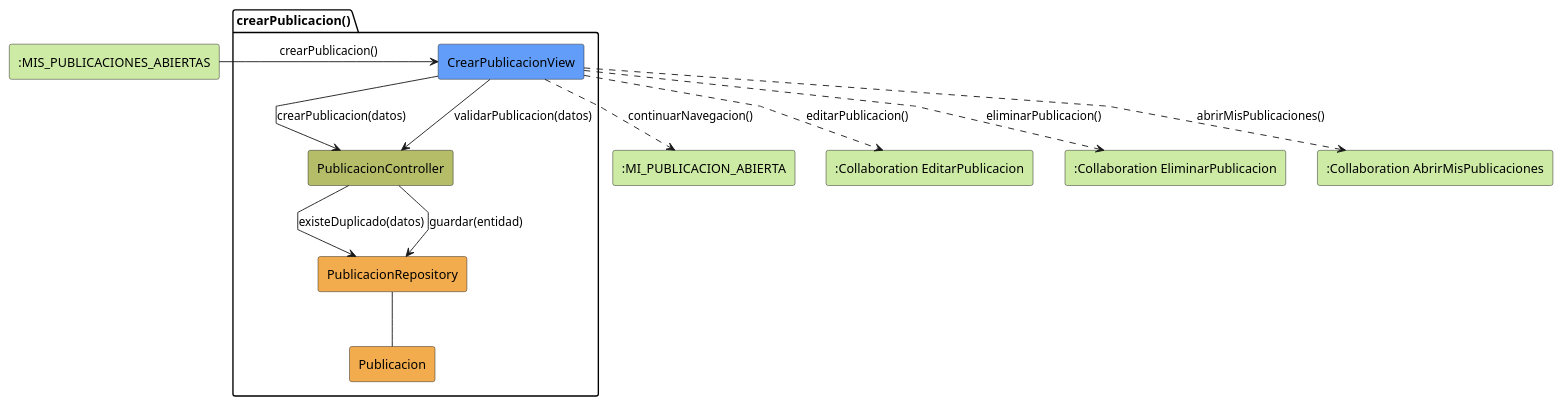
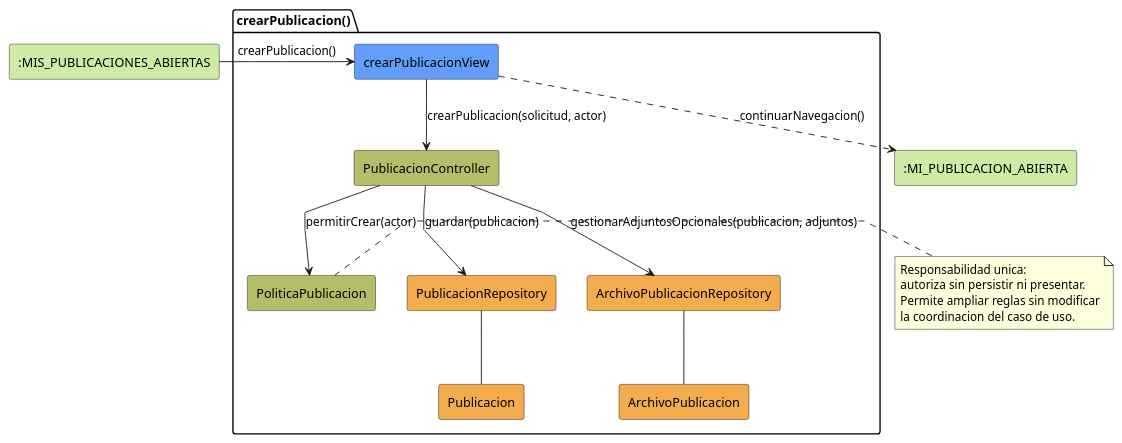
One commit to beatriizorozco/25-26-idsw2-sdVC changed the diagram in RUP/01-analisis/casos-uso/coordinador/crearPublicacion/colaboracion.puml. Above: the diagram before and after it, drawn with PlantUML. The commit also changed 99 other files, not shown here.

Commit message:
docs(analisis y diseño): bloque 8: publicaciones

```diff
--- a/RUP/01-analisis/casos-uso/coordinador/crearPublicacion/colaboracion.puml
+++ b/RUP/01-analisis/casos-uso/coordinador/crearPublicacion/colaboracion.puml
@@ -1,29 +1,32 @@
-@startuml crearPublicacion-analisis
+@startuml crearPublicacion-coordinador-analisis
 skinparam linetype polyline
 
 rectangle #CDEBA5 ":MIS_PUBLICACIONES_ABIERTAS" as EstadoEntrada
 package crearPublicacion as "crearPublicacion()" {
-    rectangle #629EF9 CrearPublicacionView
+    rectangle #629EF9 "crearPublicacionView" as View
     rectangle #b5bd68 PublicacionController
+    rectangle #b5bd68 PoliticaPublicacion
     rectangle #F2AC4E PublicacionRepository
     rectangle #F2AC4E Publicacion
+    rectangle #F2AC4E ArchivoPublicacionRepository
+    rectangle #F2AC4E ArchivoPublicacion
 }
+rectangle #CDEBA5 ":MI_PUBLICACION_ABIERTA" as EstadoSalida
 
-rectangle #CDEBA5 ":MI_PUBLICACION_ABIERTA" as EstadoSalida
-rectangle #CDEBA5 ":Collaboration EditarPublicacion" as EditarPublicacion
-rectangle #CDEBA5 ":Collaboration EliminarPublicacion" as EliminarPublicacion
-rectangle #CDEBA5 ":Collaboration AbrirMisPublicaciones" as AbrirMisPublicaciones
+EstadoEntrada -r-> View: crearPublicacion()
+View -d-> PublicacionController: crearPublicacion(solicitud, actor)
 
-EstadoEntrada -r-> CrearPublicacionView: crearPublicacion()
+PublicacionController --> PoliticaPublicacion: permitirCrear(actor)
+PublicacionController --> PublicacionRepository: guardar(publicacion)
+PublicacionRepository -- Publicacion
+PublicacionController --> ArchivoPublicacionRepository: gestionarAdjuntosOpcionales(publicacion, adjuntos)
+ArchivoPublicacionRepository -- ArchivoPublicacion
+View ..> EstadoSalida: continuarNavegacion()
 
-CrearPublicacionView -d-> PublicacionController: crearPublicacion(datos)
-CrearPublicacionView --> PublicacionController: validarPublicacion(datos)
-PublicacionController --> PublicacionRepository: existeDuplicado(datos)
-PublicacionController --> PublicacionRepository: guardar(entidad)
-PublicacionRepository -- Publicacion
-CrearPublicacionView ..> EstadoSalida: continuarNavegacion()
-CrearPublicacionView ..> EditarPublicacion: editarPublicacion()
-CrearPublicacionView ..> EliminarPublicacion: eliminarPublicacion()
-CrearPublicacionView ..> AbrirMisPublicaciones: abrirMisPublicaciones()
-
+note right of PoliticaPublicacion
+Responsabilidad unica:
+autoriza sin persistir ni presentar.
+Permite ampliar reglas sin modificar
+la coordinacion del caso de uso.
+end note
 @enduml
```
